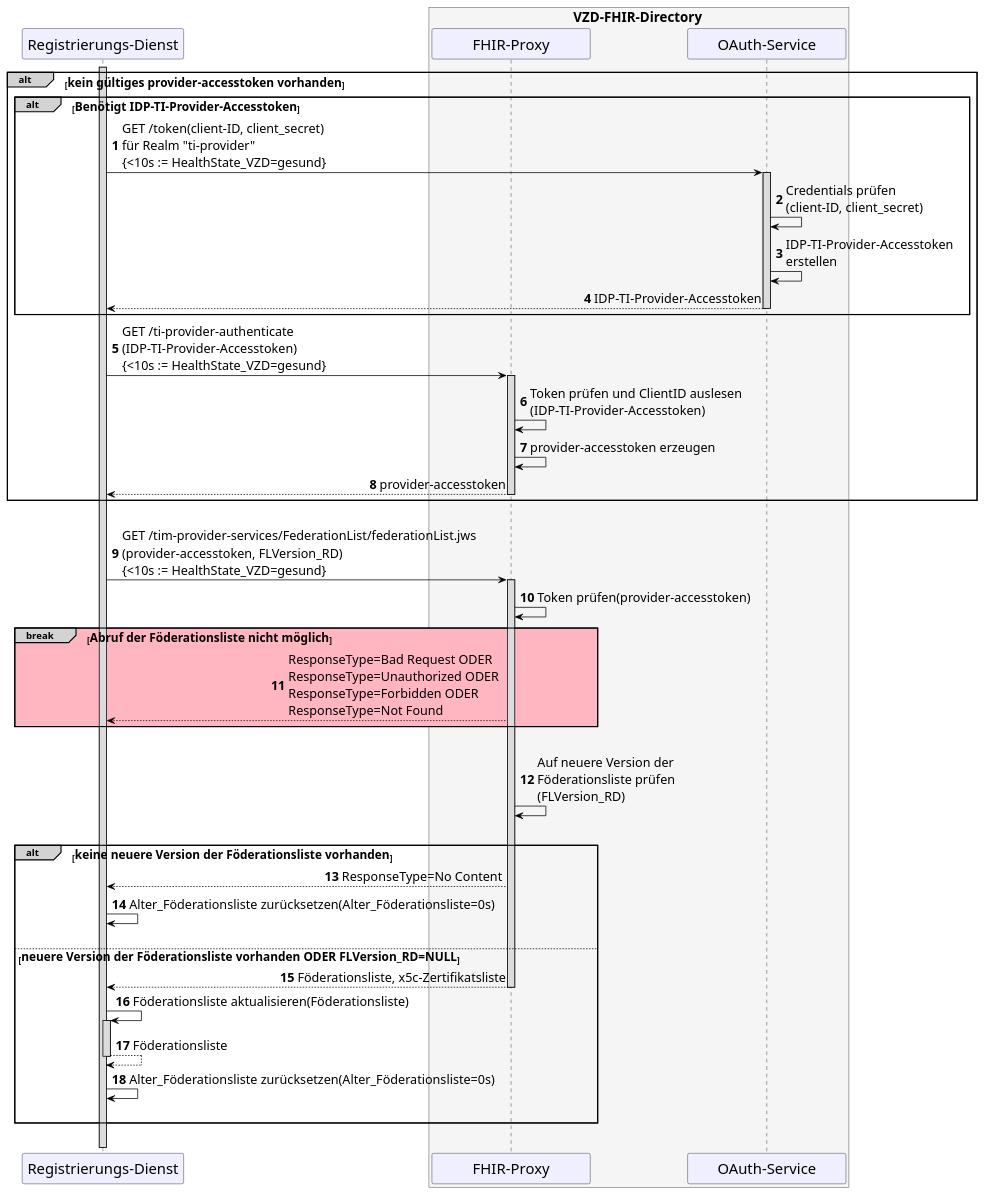
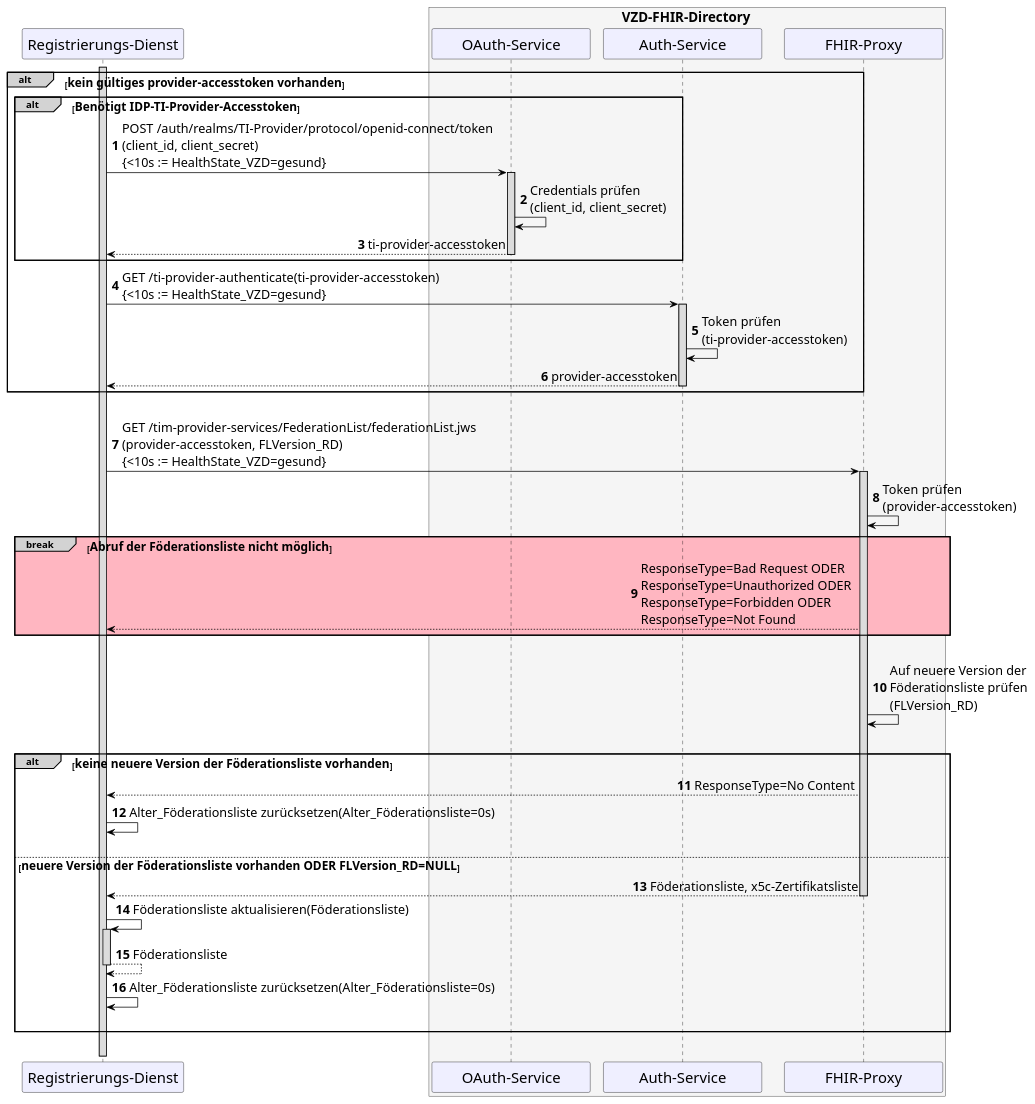
The diagram in src/plantuml/TI-Messenger-Dienst/Ressourcen/UC_Update_Federationlist_auth_retrieve.puml (gematik/api-ti-messenger), drawn with PlantUML before and after one commit. The commit also changed 2 other files, not shown here.

Commit message:
fixed tokens, flow and operation calls

```diff
--- a/src/plantuml/TI-Messenger-Dienst/Ressourcen/UC_Update_Federationlist_auth_retrieve.puml
+++ b/src/plantuml/TI-Messenger-Dienst/Ressourcen/UC_Update_Federationlist_auth_retrieve.puml
@@ -9,81 +9,78 @@
 @startuml
 skinparam sequenceMessageAlign direction
 skinparam minClassWidth 200
 skinparam BoxPadding 1
 skinparam sequenceReferenceHeaderBackgroundColor palegreen
 scale max 2048 width
 
 skinparam sequence {
 ArrowColor black
 ArrowFontSize 17
 ActorBorderColor black
 LifeLineBorderColor black
 LifeLineBackgroundColor Gainsboro
 
 ParticipantBorderColor Motivation
 ParticipantBackgroundColor Motivation
-ParticipantFontName Impact
 ParticipantFontSize 20
 ParticipantFontColor black
 ParticipantBorderColor Black
 ParticipantBackgroundColor MOTIVATION
 
 ActorBackgroundColor Gainsboro
 ActorFontColor black
 ActorFontSize 20
-ActorFontName Aapex
 }
 
 autonumber
 
 participant RD as "Registrierungs-Dienst"
 box <size:18>VZD-FHIR-Directory</size> #WhiteSmoke
+  participant Oauth as "OAuth-Service"
+  participant AuthService as "Auth-Service"
   participant FP as "FHIR-Proxy"
-  participant AS as "OAuth-Service"
 end box
 
 alt#LightGrey <size:16>kein gültiges provider-accesstoken vorhanden</size>
   activate RD
   alt#LightGrey <size:16>Benötigt IDP-TI-Provider-Accesstoken</size>
-      RD -> AS: GET /token(client-ID, client_secret)\nfür Realm "ti-provider"\n{<10s := HealthState_VZD=gesund}
-      activate AS
-      AS -> AS: Credentials prüfen \n(client-ID, client_secret)
-      AS -> AS: IDP-TI-Provider-Accesstoken\nerstellen
-      AS --> RD: IDP-TI-Provider-Accesstoken
-      deactivate AS
+      RD -> Oauth: POST /auth/realms/TI-Provider/protocol/openid-connect/token\n(client_id, client_secret)\n{<10s := HealthState_VZD=gesund}
+      activate Oauth
+      Oauth -> Oauth: Credentials prüfen \n(client_id, client_secret)
+      Oauth --> RD: ti-provider-accesstoken
+      deactivate Oauth
   end
-  RD -> FP: GET /ti-provider-authenticate\n(IDP-TI-Provider-Accesstoken)\n{<10s := HealthState_VZD=gesund}
-  activate FP
-  FP -> FP: Token prüfen und ClientID auslesen\n(IDP-TI-Provider-Accesstoken)
-  FP -> FP: provider-accesstoken erzeugen
-  FP --> RD: provider-accesstoken
-  deactivate FP
+  RD -> AuthService: GET /ti-provider-authenticate(ti-provider-accesstoken)\n{<10s := HealthState_VZD=gesund}
+  activate AuthService
+  AuthService -> AuthService: Token prüfen\n(ti-provider-accesstoken)
+  AuthService --> RD: provider-accesstoken
+  deactivate AuthService
 end
 
 |||
 RD->FP: GET /tim-provider-services/FederationList/federationList.jws\n(provider-accesstoken, FLVersion_RD)\n{<10s := HealthState_VZD=gesund}
   Activate FP
-FP->FP: Token prüfen(provider-accesstoken)
+FP->FP: Token prüfen\n(provider-accesstoken)
 
 break#LightGrey #LightPink <size:16>Abruf der Föderationsliste nicht möglich</size>
   FP-->RD: ResponseType=Bad Request ODER \nResponseType=Unauthorized ODER \nResponseType=Forbidden ODER \nResponseType=Not Found
 end 
 
 |||
 FP->FP: Auf neuere Version der \nFöderationsliste prüfen\n(FLVersion_RD)
 |||
 
 alt#LightGrey <size:16>keine neuere Version der Föderationsliste vorhanden</size>
   FP-->RD: ResponseType=No Content
   RD->RD: Alter_Föderationsliste zurücksetzen(Alter_Föderationsliste=0s)
   |||
 else <size:16>neuere Version der Föderationsliste vorhanden ODER FLVersion_RD=NULL</size>
   FP-->RD: Föderationsliste, x5c-Zertifikatsliste
       Deactivate FP
   RD->RD++: Föderationsliste aktualisieren(Föderationsliste)
   return Föderationsliste
   RD->RD: Alter_Föderationsliste zurücksetzen(Alter_Föderationsliste=0s)
   |||
 end
 |||
 @enduml
```
